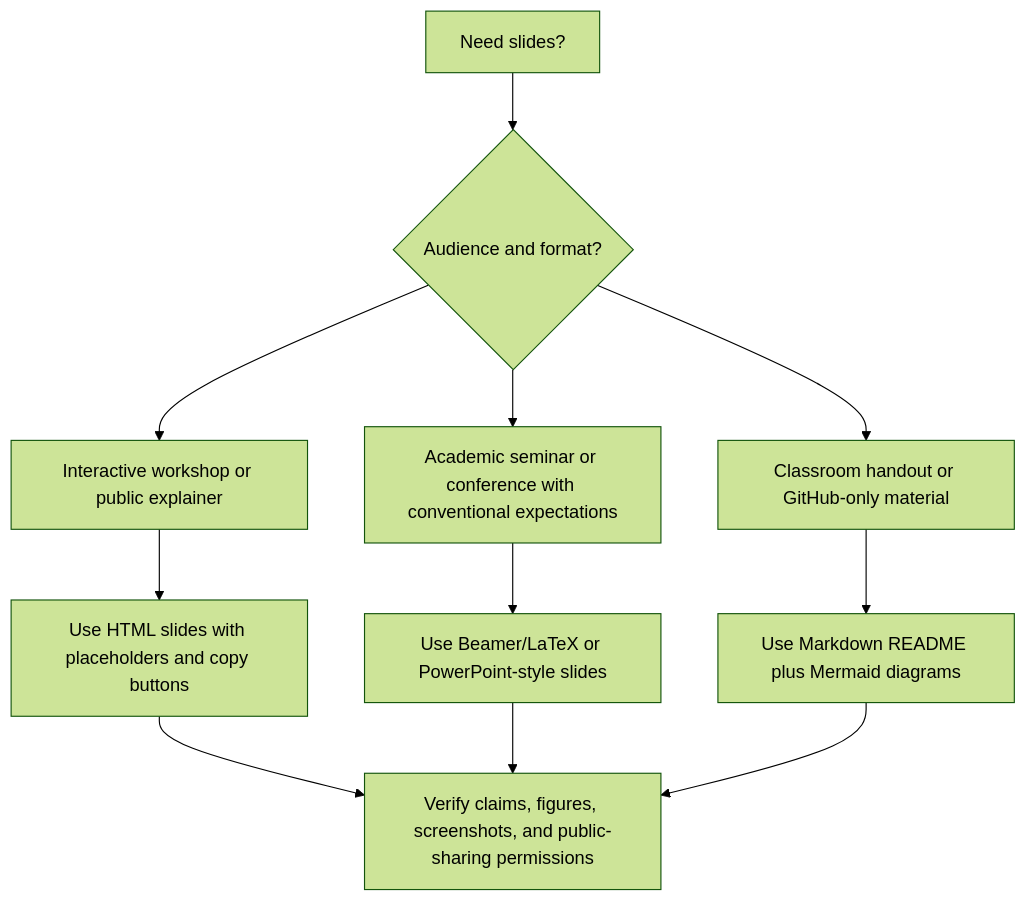
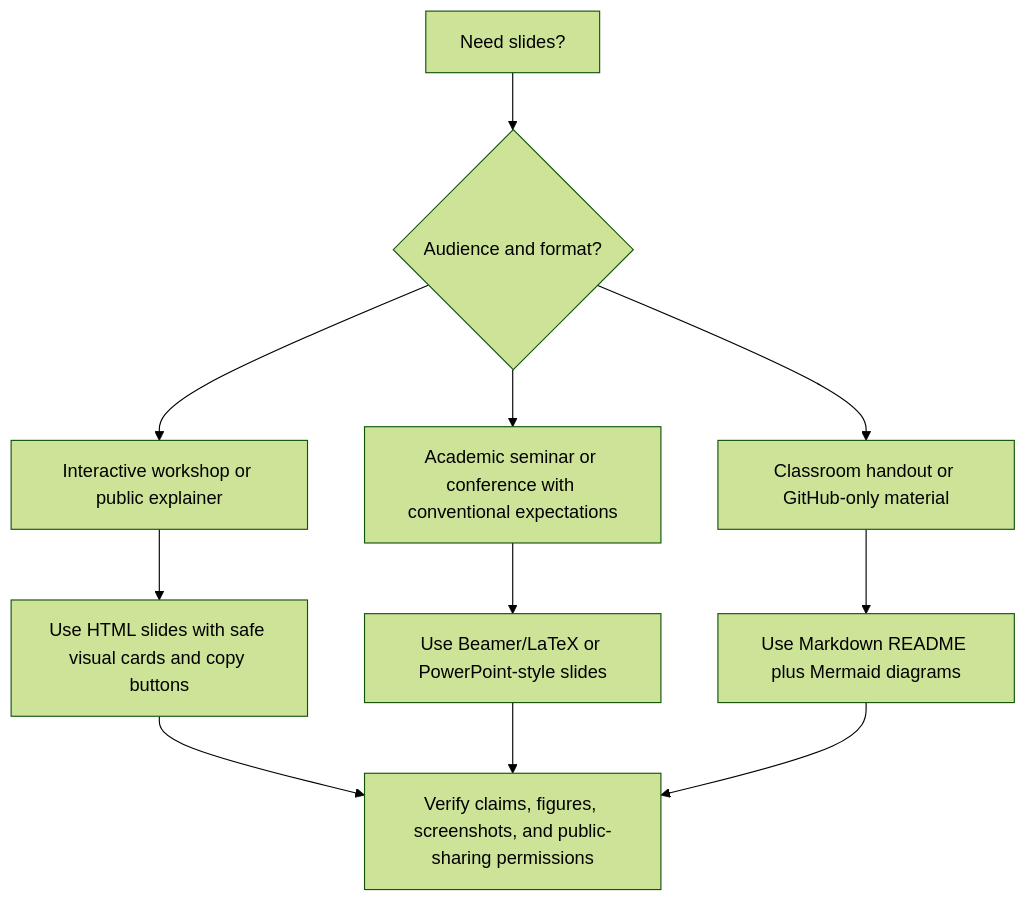
Before and after one commit to SuperJayLiu/AI-for-Economics-and-Finance-Research: the second of 2 diagrams in 06-Teach-Workshops-Practice-Talks-and-Share-Slides/README.md, drawn with Mermaid (forest theme). The commit also changed other lines of this file and 28 other files, not shown here.

````diff
--- a/06-Teach-Workshops-Practice-Talks-and-Share-Slides/README.md
+++ b/06-Teach-Workshops-Practice-Talks-and-Share-Slides/README.md
@@ -185,13 +197,13 @@
 ```mermaid
 flowchart TD
   A["Need slides?"] --> B{"Audience and format?"}
   B --> C["Interactive workshop or public explainer"]
   B --> D["Academic seminar or conference with conventional expectations"]
   B --> E["Classroom handout or GitHub-only material"]
-  C --> H["Use HTML slides with placeholders and copy buttons"]
+  C --> H["Use HTML slides with safe visual cards and copy buttons"]
   D --> L["Use Beamer/LaTeX or PowerPoint-style slides"]
   E --> M["Use Markdown README plus Mermaid diagrams"]
   H --> V["Verify claims, figures, screenshots, and public-sharing permissions"]
   L --> V
   M --> V
 ```
````
